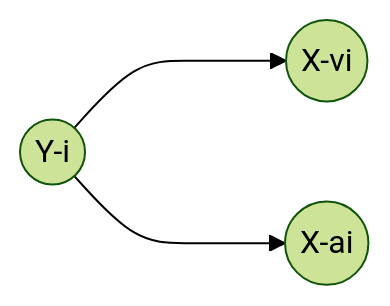
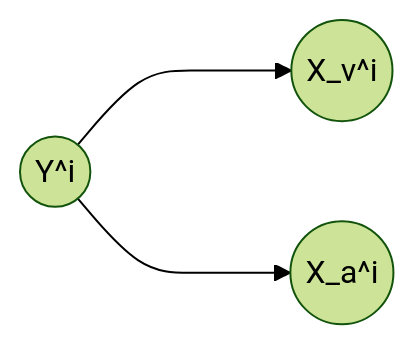
One commit to btdobbs/AI changed the first of 2 diagrams in Practice/09/README.md. Above: the diagram before and after it, drawn with Mermaid (forest theme). The commit also changed other lines of this file, not shown here.

````diff
--- a/Practice/09/README.md
+++ b/Practice/09/README.md
@@ -26,7 +26,7 @@
 ```mermaid
 flowchart LR
-    id1((Y-i)) ---> id2
+    id1((Y^i)) ---> id2
     id1 ---> id3
-    id2((X-vi))
-    id3((X-ai))
+    id2((X_v^i))
+    id3((X_a^i))
 ```
````
